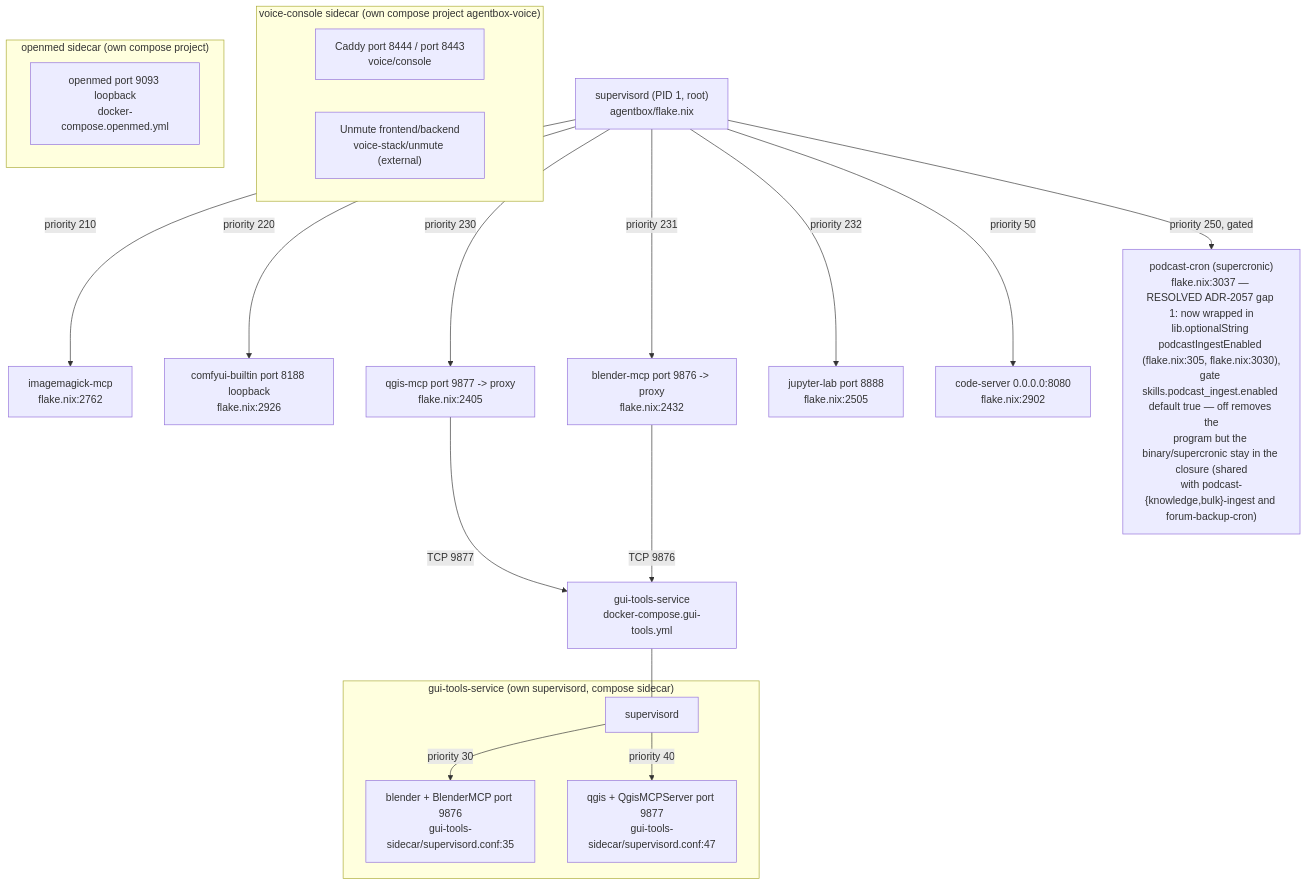
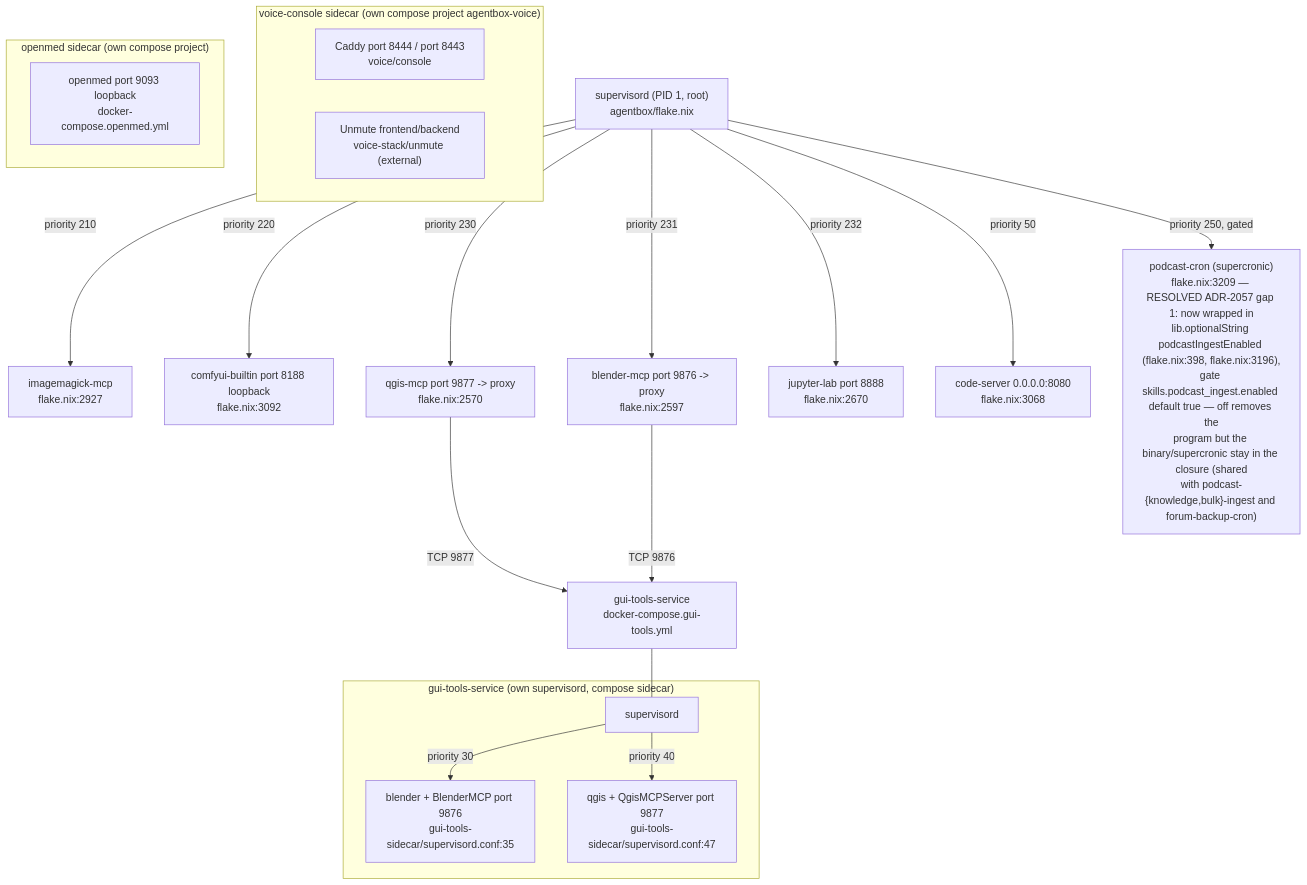
The tenth of 14 diagrams in docs/diagrams/agentbox/27-media-gpu-capability-services.md (DreamLab-AI/VisionFlow), drawn with Mermaid before and after one commit. The commit also changed other lines of this file and 5 other files, not shown here.

````diff
--- a/docs/diagrams/agentbox/27-media-gpu-capability-services.md
+++ b/docs/diagrams/agentbox/27-media-gpu-capability-services.md
@@ -328,30 +328,30 @@
 ```mermaid
 flowchart TB
     SUP["supervisord (PID 1, root)<br/>agentbox/flake.nix"]
-    SUP -->|priority 210| IM["imagemagick-mcp<br/>flake.nix:2762"]
-    SUP -->|priority 220| CB["comfyui-builtin port 8188 loopback<br/>flake.nix:2926"]
-    SUP -->|priority 230| QM["qgis-mcp port 9877 -> proxy<br/>flake.nix:2405"]
-    SUP -->|priority 231| BM["blender-mcp port 9876 -> proxy<br/>flake.nix:2432"]
-    SUP -->|priority 232| JL["jupyter-lab port 8888<br/>flake.nix:2505"]
-    SUP -->|priority 50| CS["code-server 0.0.0.0:8080<br/>flake.nix:2902"]
-    SUP -->|priority 250, gated| PC["podcast-cron (supercronic)<br/>flake.nix:3037 — RESOLVED ADR-2057 gap 1: now wrapped in<br/>lib.optionalString podcastIngestEnabled (flake.nix:305, flake.nix:3030),<br/>gate skills.podcast_ingest.enabled default true — off removes the<br/>program but the binary/supercronic stay in the closure (shared<br/>with podcast-{knowledge,bulk}-ingest and forum-backup-cron)"]
+    SUP -->|priority 210| IM["imagemagick-mcp<br/>flake.nix:2927"]
+    SUP -->|priority 220| CB["comfyui-builtin port 8188 loopback<br/>flake.nix:3092"]
+    SUP -->|priority 230| QM["qgis-mcp port 9877 -> proxy<br/>flake.nix:2570"]
+    SUP -->|priority 231| BM["blender-mcp port 9876 -> proxy<br/>flake.nix:2597"]
+    SUP -->|priority 232| JL["jupyter-lab port 8888<br/>flake.nix:2670"]
+    SUP -->|priority 50| CS["code-server 0.0.0.0:8080<br/>flake.nix:3068"]
+    SUP -->|priority 250, gated| PC["podcast-cron (supercronic)<br/>flake.nix:3209 — RESOLVED ADR-2057 gap 1: now wrapped in<br/>lib.optionalString podcastIngestEnabled (flake.nix:398, flake.nix:3196),<br/>gate skills.podcast_ingest.enabled default true — off removes the<br/>program but the binary/supercronic stay in the closure (shared<br/>with podcast-{knowledge,bulk}-ingest and forum-backup-cron)"]
 
     QM -->|TCP 9877| GTS["gui-tools-service<br/>docker-compose.gui-tools.yml"]
     BM -->|TCP 9876| GTS
 
     subgraph sidecar["gui-tools-service (own supervisord, compose sidecar)"]
         GSUP["supervisord"]
         GSUP -->|priority 30| GB["blender + BlenderMCP port 9876<br/>gui-tools-sidecar/supervisord.conf:35"]
         GSUP -->|priority 40| GQ["qgis + QgisMCPServer port 9877<br/>gui-tools-sidecar/supervisord.conf:47"]
     end
     GTS --- GSUP
 
     subgraph voicesc["voice-console sidecar (own compose project agentbox-voice)"]
         CADDY["Caddy port 8444 / port 8443<br/>voice/console"]
         UNMUTE["Unmute frontend/backend<br/>voice-stack/unmute (external)"]
     end
 
     subgraph openmedsc["openmed sidecar (own compose project)"]
         OM["openmed port 9093 loopback<br/>docker-compose.openmed.yml"]
     end
 ```
````
